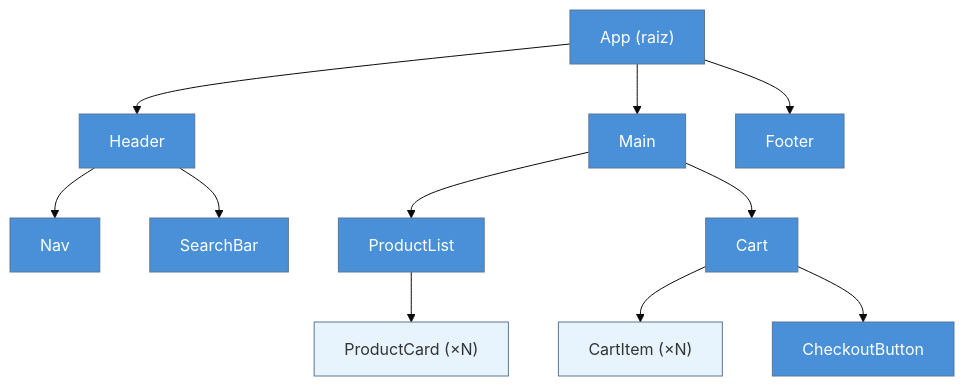
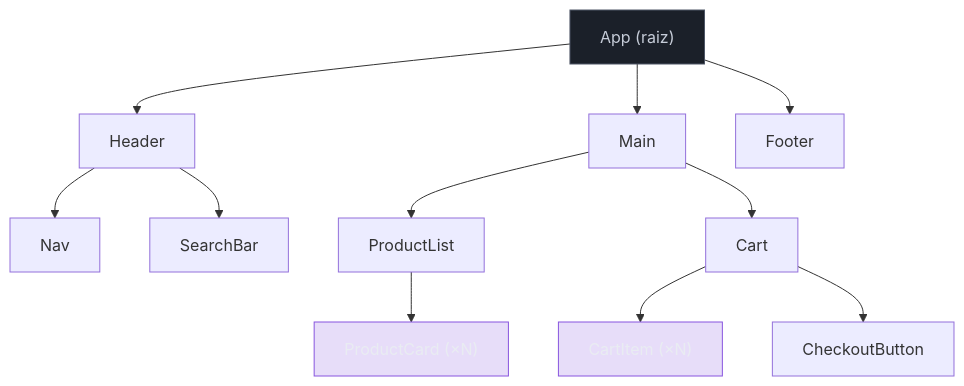
The second of 4 diagrams in 03-Dominios/Tecnologia/React/React core/01 - O que é React e a UI declarativa.md (josenaldo/codex-technomanticus), drawn with Mermaid before and after one commit. The commit also changed other lines of this file and 1181 other files, not shown here.

First line of the commit message:
fix(diagramas): paleta do sistema no lugar de cor cravada no markdown

````diff
--- a/03-Dominios/Tecnologia/React/React core/01 - O que é React e a UI declarativa.md
+++ b/03-Dominios/Tecnologia/React/React core/01 - O que é React e a UI declarativa.md
@@ -163,19 +165,20 @@
 ```mermaid
-%%{init: {"theme": "base", "themeVariables": {"primaryColor": "#4A90D9", "primaryTextColor": "#fff"}}}%%
 graph TD
+    classDef neutro fill:#1B2029,stroke:#4E5666,color:#C6CCD8
+    classDef marca fill:#8855DF33,stroke:#8855DF,color:#E9ECF2
     App["App (raiz)"]
     App --> Header
     App --> Main
     App --> Footer
     Header --> Nav
     Header --> SearchBar
     Main --> ProductList
     ProductList --> ProductCard1["ProductCard (×N)"]
     Main --> Cart
     Cart --> CartItem["CartItem (×N)"]
     Cart --> CheckoutBtn["CheckoutButton"]
 
-    style App fill:#4A90D9,color:#fff
-    style ProductCard1 fill:#E8F4FD,color:#333
-    style CartItem fill:#E8F4FD,color:#333
+    class App neutro
+    class ProductCard1 marca
+    class CartItem marca
 ```
````
